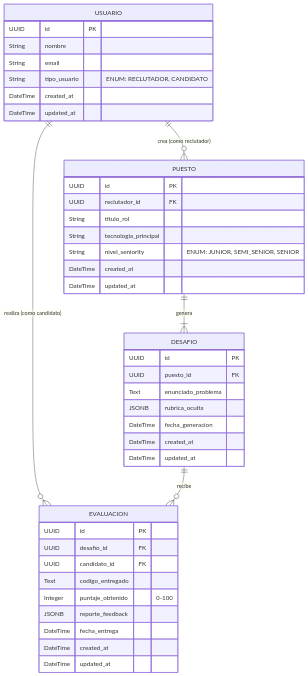
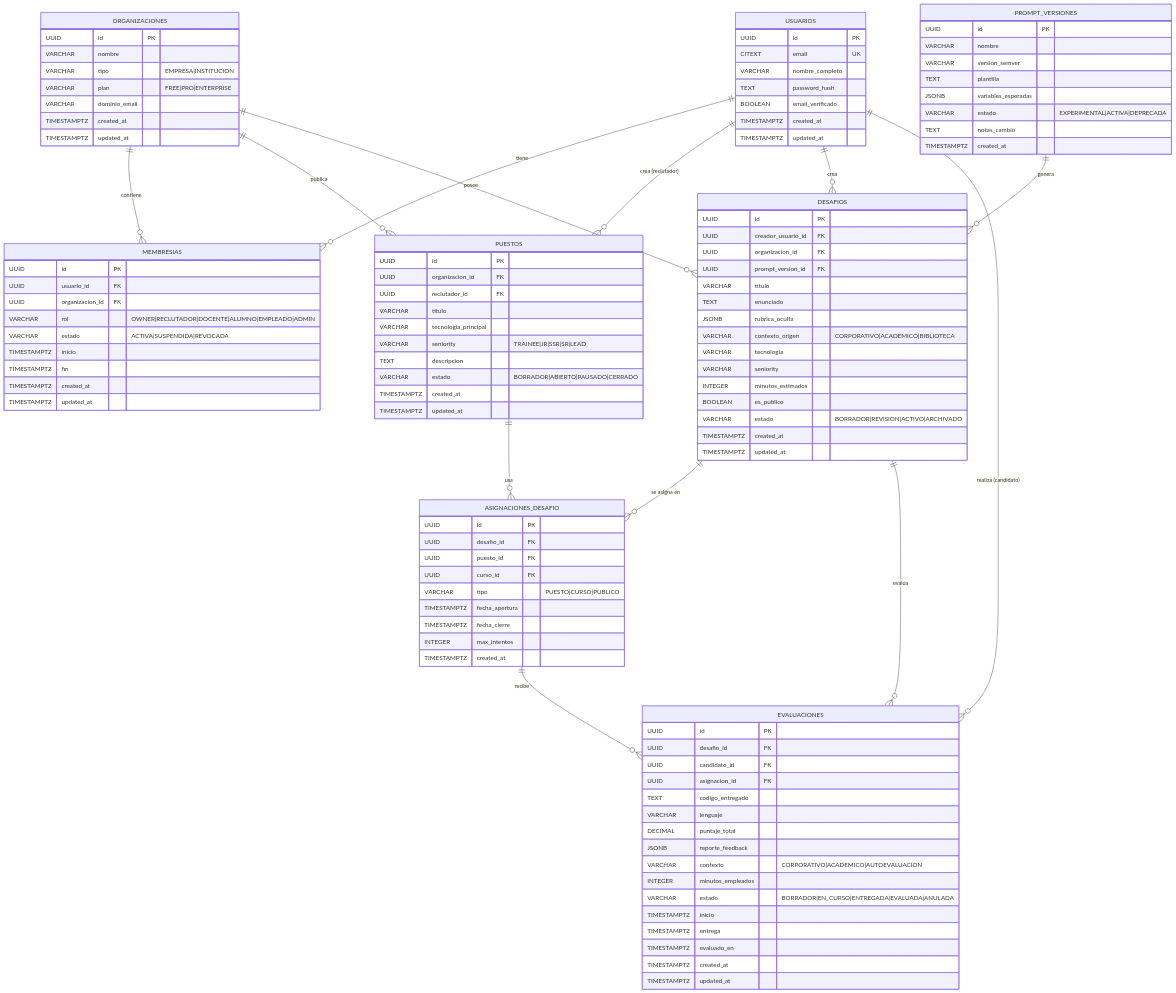
The diagram in product/ARCHITECTURE.md (Nicolasgh91/ibm-hackathon-talent-pool), drawn with Mermaid before and after one commit. The commit also changed other lines of this file and 4 other files, not shown here.

Commit message:
docs: Refactored main readme, architecture, product and roadmap files. Included database design with full database design, included post-mvp phases

````diff
--- a/product/ARCHITECTURE.md
+++ b/product/ARCHITECTURE.md
@@ -316,48 +336,120 @@
 ```mermaid
 erDiagram
-    USUARIO {
+    USUARIOS {
         UUID id PK
-        String nombre
-        String email
-        String tipo_usuario "ENUM: RECLUTADOR, CANDIDATO"
-        DateTime created_at
-        DateTime updated_at
+        CITEXT email UK
+        VARCHAR nombre_completo
+        TEXT password_hash
+        BOOLEAN email_verificado
+        TIMESTAMPTZ created_at
+        TIMESTAMPTZ updated_at
     }
     
-    PUESTO {
+    ORGANIZACIONES {
         UUID id PK
-        UUID reclutador_id FK
-        String titulo_rol
-        String tecnologia_principal
-        String nivel_seniority "ENUM: JUNIOR, SEMI_SENIOR, SENIOR"
-        DateTime created_at
-        DateTime updated_at
+        VARCHAR nombre
+        VARCHAR tipo "EMPRESA|INSTITUCION"
+        VARCHAR plan "FREE|PRO|ENTERPRISE"
+        VARCHAR dominio_email
+        TIMESTAMPTZ created_at
+        TIMESTAMPTZ updated_at
     }
     
-    DESAFIO {
+    MEMBRESIAS {
         UUID id PK
-        UUID puesto_id FK
-        Text enunciado_problema
-        JSONB rubrica_oculta
-        DateTime fecha_generacion
-        DateTime created_at
-        DateTime updated_at
+        UUID usuario_id FK
+        UUID organizacion_id FK
+        VARCHAR rol "OWNER|RECLUTADOR|DOCENTE|ALUMNO|EMPLEADO|ADMIN"
+        VARCHAR estado "ACTIVA|SUSPENDIDA|REVOCADA"
+        TIMESTAMPTZ inicio
+        TIMESTAMPTZ fin
+        TIMESTAMPTZ created_at
+        TIMESTAMPTZ updated_at
     }
     
-    EVALUACION {
+    PUESTOS {
+        UUID id PK
+        UUID organizacion_id FK
+        UUID reclutador_id FK
+        VARCHAR titulo
+        VARCHAR tecnologia_principal
+        VARCHAR seniority "TRAINEE|JR|SSR|SR|LEAD"
+        TEXT descripcion
+        VARCHAR estado "BORRADOR|ABIERTO|PAUSADO|CERRADO"
+        TIMESTAMPTZ created_at
+        TIMESTAMPTZ updated_at
+    }
+    
+    DESAFIOS {
+        UUID id PK
+        UUID creador_usuario_id FK
+        UUID organizacion_id FK
+        UUID prompt_version_id FK
+        VARCHAR titulo
+        TEXT enunciado
+        JSONB rubrica_oculta
+        VARCHAR contexto_origen "CORPORATIVO|ACADEMICO|BIBLIOTECA"
+        VARCHAR tecnologia
+        VARCHAR seniority
+        INTEGER minutos_estimados
+        BOOLEAN es_publico
+        VARCHAR estado "BORRADOR|REVISION|ACTIVO|ARCHIVADO"
+        TIMESTAMPTZ created_at
+        TIMESTAMPTZ updated_at
+    }
+    
+    ASIGNACIONES_DESAFIO {
+        UUID id PK
+        UUID desafio_id FK
+        UUID puesto_id FK
+        UUID curso_id FK
+        VARCHAR tipo "PUESTO|CURSO|PUBLICO"
+        TIMESTAMPTZ fecha_apertura
+        TIMESTAMPTZ fecha_cierre
+        INTEGER max_intentos
+        TIMESTAMPTZ created_at
+    }
+    
+    EVALUACIONES {
         UUID id PK
         UUID desafio_id FK
         UUID candidato_id FK
-        Text codigo_entregado
-        Integer puntaje_obtenido "0-100"
+        UUID asignacion_id FK
+        TEXT codigo_entregado
+        VARCHAR lenguaje
+        DECIMAL puntaje_total
         JSONB reporte_feedback
-        DateTime fecha_entrega
-        DateTime created_at
-        DateTime updated_at
+        VARCHAR contexto "CORPORATIVO|ACADEMICO|AUTOEVALUACION"
+        INTEGER minutos_empleados
+        VARCHAR estado "BORRADOR|EN_CURSO|ENTREGADA|EVALUADA|ANULADA"
+        TIMESTAMPTZ inicio
+        TIMESTAMPTZ entrega
+        TIMESTAMPTZ evaluado_en
+        TIMESTAMPTZ created_at
+        TIMESTAMPTZ updated_at
+    }
+    
+    PROMPT_VERSIONES {
+        UUID id PK
+        VARCHAR nombre
+        VARCHAR version_semver
+        TEXT plantilla
+        JSONB variables_esperadas
+        VARCHAR estado "EXPERIMENTAL|ACTIVA|DEPRECADA"
+        TEXT notas_cambio
+        TIMESTAMPTZ created_at
     }
 
-    USUARIO ||--o{ PUESTO : "crea (como reclutador)"
-    USUARIO ||--o{ EVALUACION : "realiza (como candidato)"
-    PUESTO ||--|{ DESAFIO : "genera"
-    DESAFIO ||--o{ EVALUACION : "recibe"
+    USUARIOS ||--o{ MEMBRESIAS : "tiene"
+    ORGANIZACIONES ||--o{ MEMBRESIAS : "contiene"
+    ORGANIZACIONES ||--o{ PUESTOS : "publica"
+    USUARIOS ||--o{ PUESTOS : "crea (reclutador)"
+    USUARIOS ||--o{ DESAFIOS : "crea"
+    ORGANIZACIONES ||--o{ DESAFIOS : "posee"
+    PROMPT_VERSIONES ||--o{ DESAFIOS : "genera"
+    DESAFIOS ||--o{ ASIGNACIONES_DESAFIO : "se asigna en"
+    PUESTOS ||--o{ ASIGNACIONES_DESAFIO : "usa"
+    ASIGNACIONES_DESAFIO ||--o{ EVALUACIONES : "recibe"
+    DESAFIOS ||--o{ EVALUACIONES : "evalúa"
+    USUARIOS ||--o{ EVALUACIONES : "realiza (candidato)"
 ```
````
